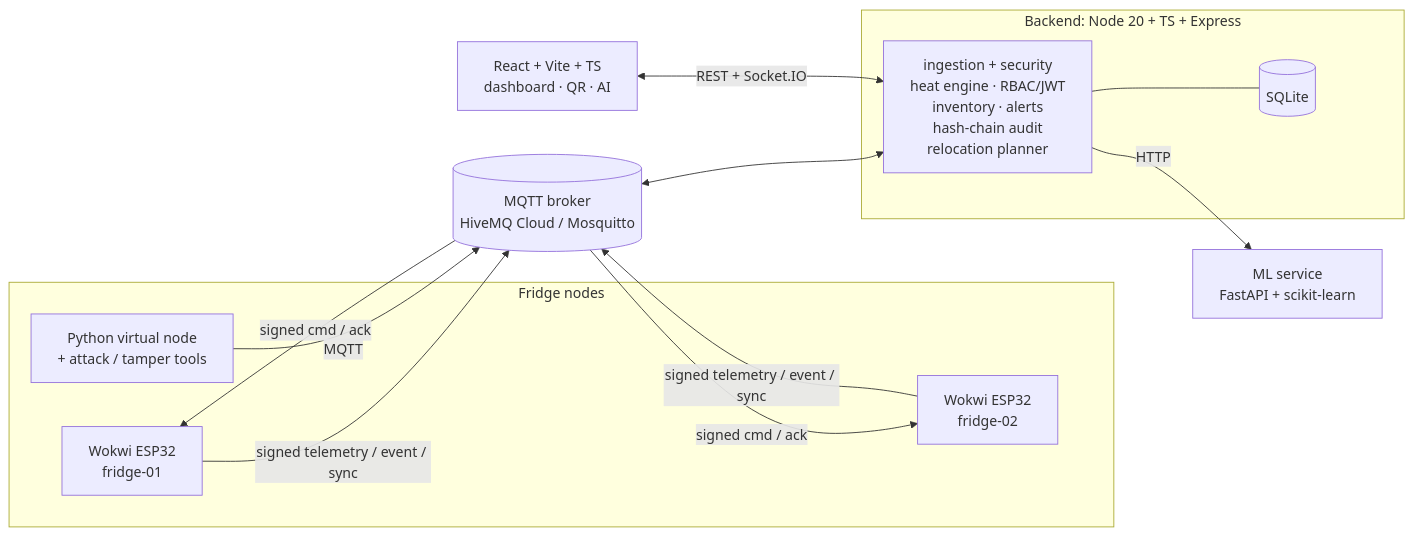
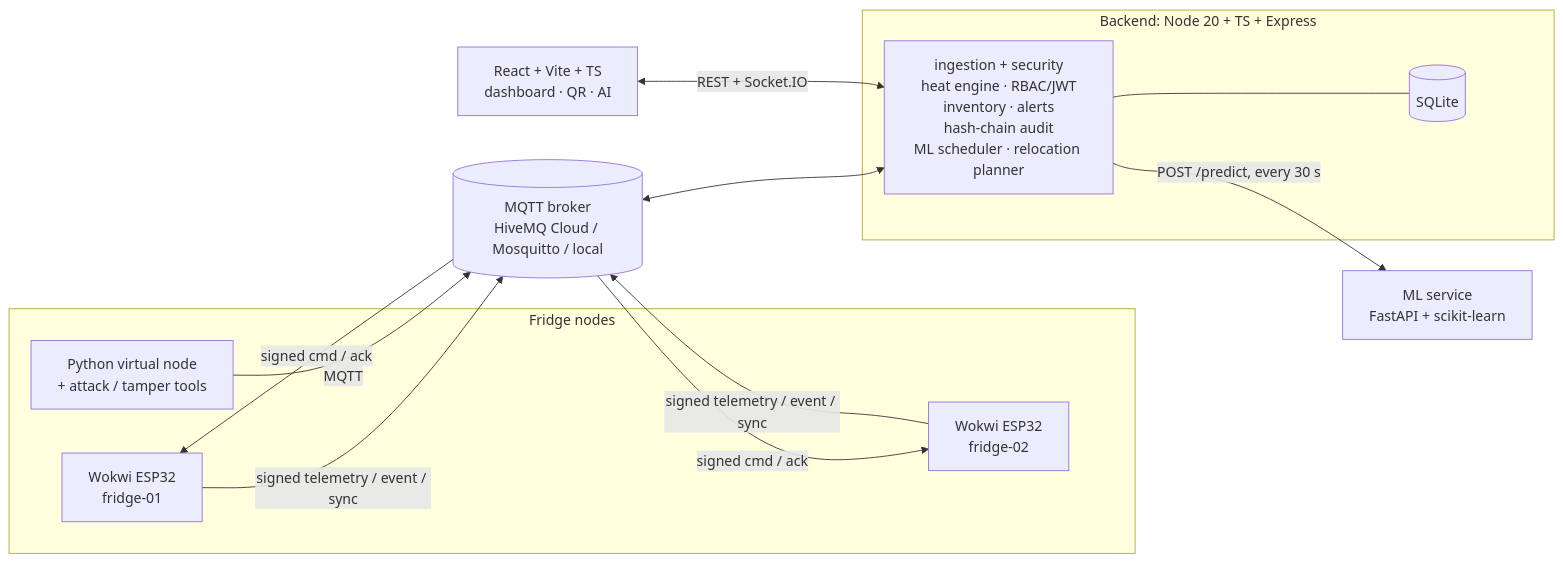
Before and after one commit to odittodhrubo/ColdChain: the diagram in README.md, drawn with Mermaid. The commit also changed other lines of this file and 136 other files, not shown here.

````diff
--- a/README.md
+++ b/README.md
@@ -11,23 +14,23 @@
 ```mermaid
 flowchart LR
   subgraph Nodes["Fridge nodes"]
     W1["Wokwi ESP32<br/>fridge-01"]
     W2["Wokwi ESP32<br/>fridge-02"]
     VN["Python virtual node<br/>+ attack / tamper tools"]
   end
-  B[("MQTT broker<br/>HiveMQ Cloud / Mosquitto")]
+  B[("MQTT broker<br/>HiveMQ Cloud / Mosquitto / local")]
   subgraph Server["Backend: Node 20 + TS + Express"]
-    API["ingestion + security<br/>heat engine · RBAC/JWT<br/>inventory · alerts<br/>hash-chain audit<br/>relocation planner"]
+    API["ingestion + security<br/>heat engine · RBAC/JWT<br/>inventory · alerts<br/>hash-chain audit<br/>ML scheduler · relocation planner"]
     DB[("SQLite")]
   end
   UI["React + Vite + TS<br/>dashboard · QR · AI"]
   ML["ML service<br/>FastAPI + scikit-learn"]
 
   W1 & W2 -- "signed telemetry / event / sync" --> B
   B -- "signed cmd / ack" --> W1 & W2
   VN -- MQTT --> B
   B <--> API
   API --- DB
   UI <-- "REST + Socket.IO" --> API
-  API -- HTTP --> ML
+  API -- "POST /predict, every 30 s" --> ML
 ```
````
